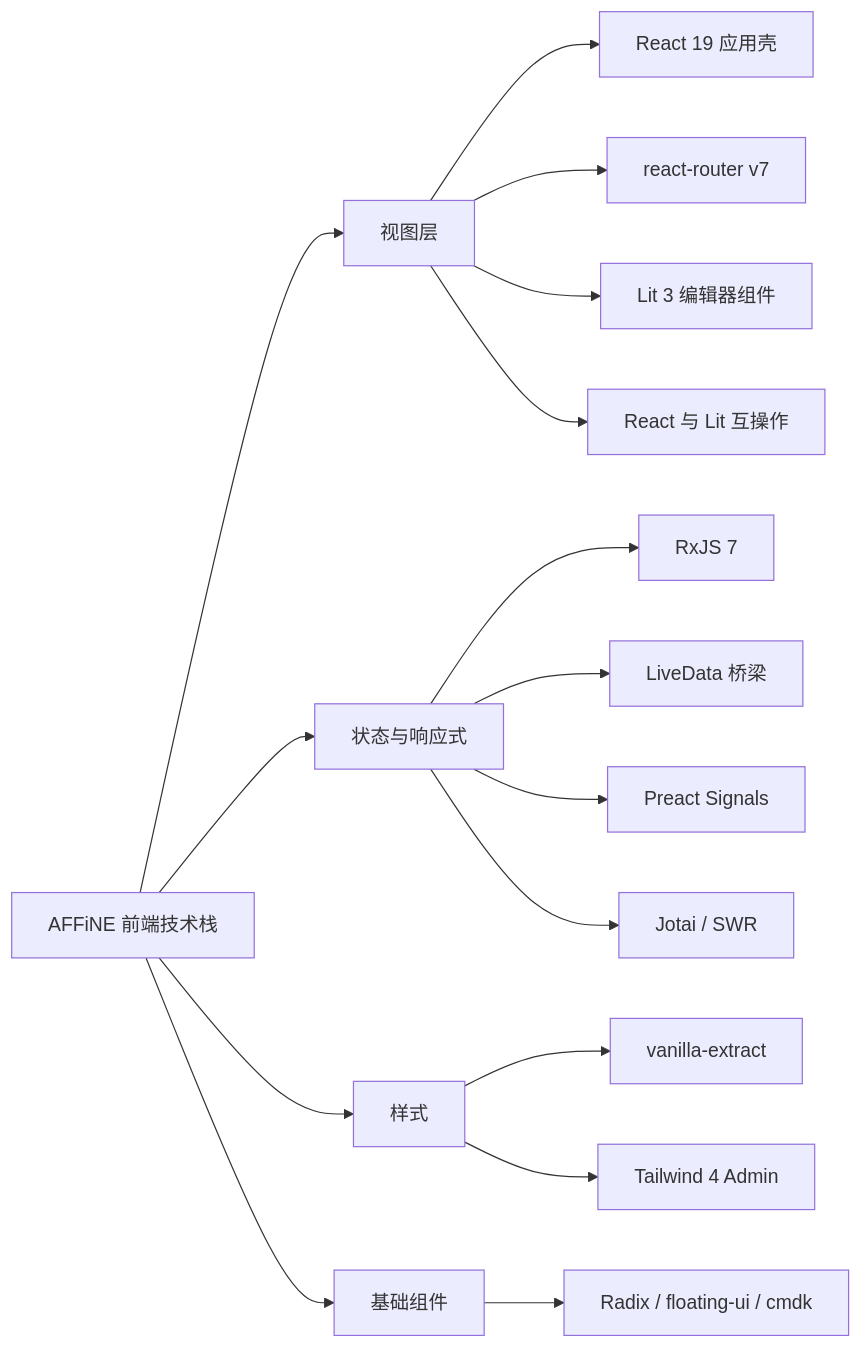
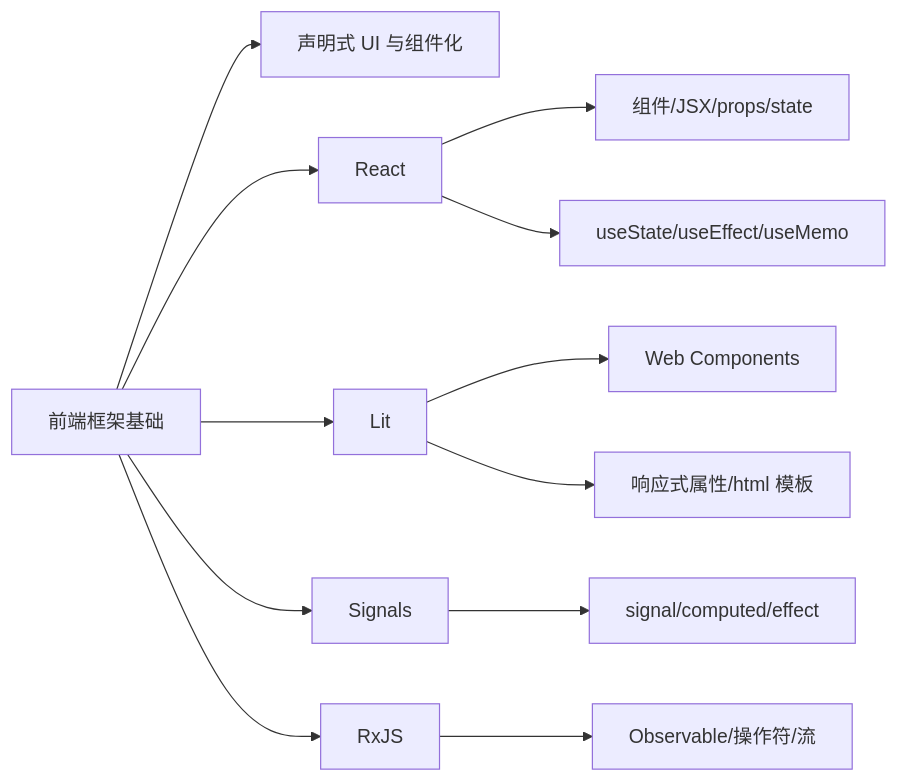
The first of 2 diagrams in learning-guide/slides/decks/06.md (lfire/AFFiNE), drawn with Mermaid before and after one commit. The commit also changed other lines of this file and 73 other files, not shown here.

````diff
--- a/learning-guide/slides/decks/06.md
+++ b/learning-guide/slides/decks/06.md
@@ -33,18 +27,14 @@
 ```mermaid
 flowchart LR
-  ROOT["AFFiNE 前端技术栈"] --> V["视图层"]
-  ROOT --> S["状态与响应式"]
-  ROOT --> ST["样式"]
-  ROOT --> U["基础组件"]
-  V --> V1["React 19 应用壳"]
-  V --> V2["react-router v7"]
-  V --> V3["Lit 3 编辑器组件"]
-  V --> V4["React 与 Lit 互操作"]
-  S --> S1["RxJS 7"]
-  S --> S2["LiveData 桥梁"]
-  S --> S3["Preact Signals"]
-  S --> S4["Jotai / SWR"]
-  ST --> ST1["vanilla-extract"]
-  ST --> ST2["Tailwind 4 Admin"]
-  U --> U1["Radix / floating-ui / cmdk"]
+  A["前端框架基础"] --> B["声明式 UI 与组件化"]
+  A --> C["React"]
+  A --> D["Lit"]
+  A --> E["Signals"]
+  A --> F["RxJS"]
+  C --> C1["组件/JSX/props/state"]
+  C --> C2["useState/useEffect/useMemo"]
+  D --> D1["Web Components"]
+  D --> D2["响应式属性/html 模板"]
+  E --> E1["signal/computed/effect"]
+  F --> F1["Observable/操作符/流"]
 ```
````
